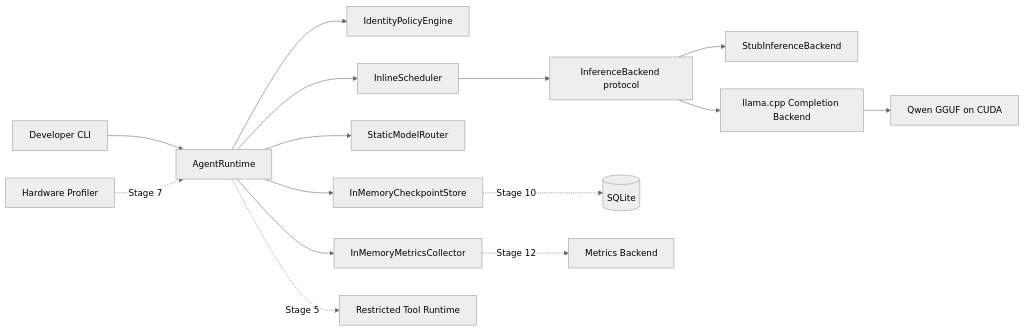
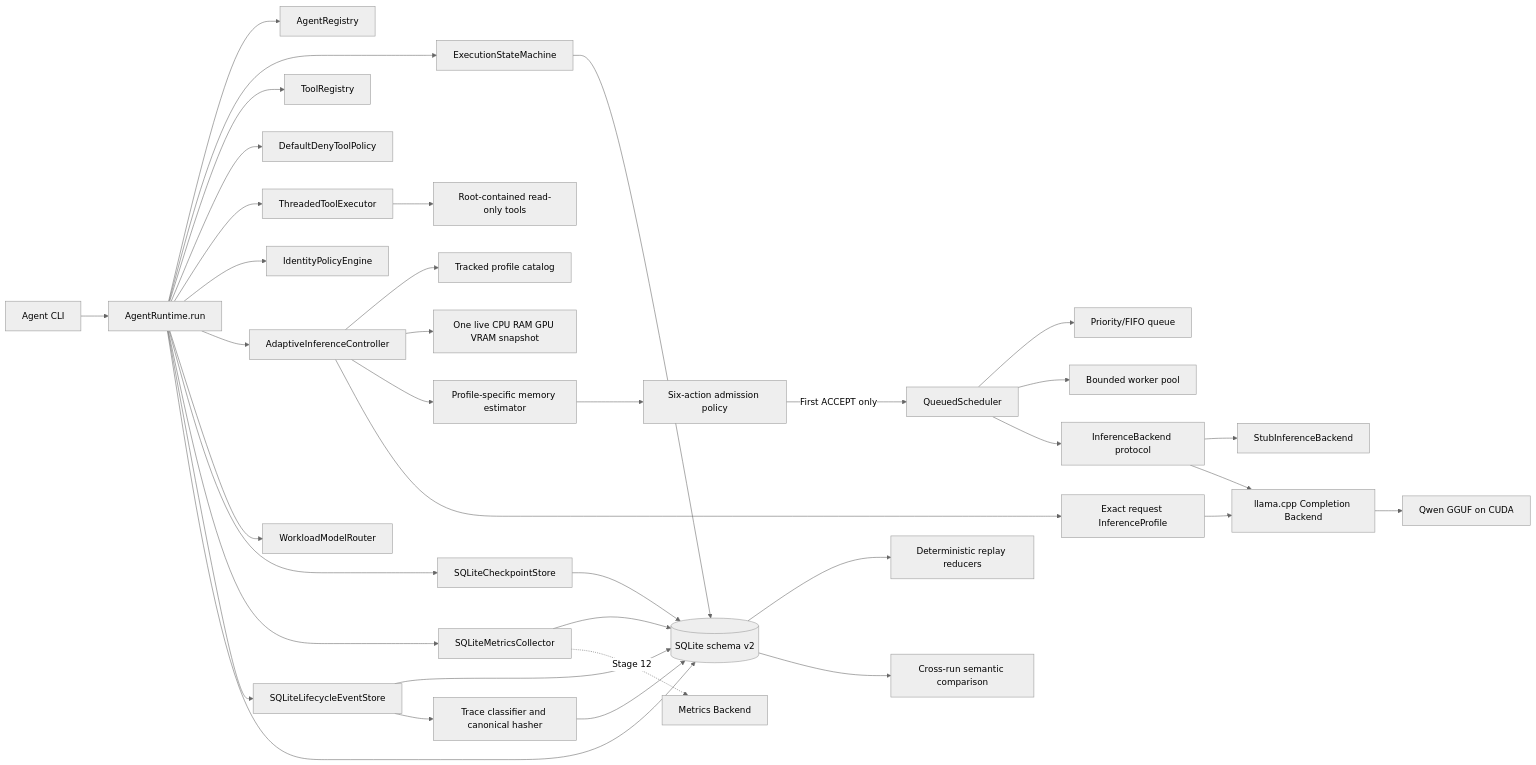
One commit to kunalvaghani/Local-AI-System-Lab changed the diagram in docs/architecture.md. Above: the diagram before and after it, drawn with Mermaid (neutral theme). The commit also changed other lines of this file and 108 other files, not shown here.

````diff
--- a/docs/architecture.md
+++ b/docs/architecture.md
@@ -10,17 +12,39 @@
 ```mermaid
 flowchart LR
-    C[Developer CLI] --> R[AgentRuntime]
+    C[Agent CLI] --> R[AgentRuntime.run]
+    R --> A[AgentRegistry]
+    R --> X[ExecutionStateMachine]
+    R --> TR[ToolRegistry]
+    R --> TP[DefaultDenyToolPolicy]
+    R --> TE[ThreadedToolExecutor]
+    TE --> ST[Root-contained read-only tools]
     R --> P[IdentityPolicyEngine]
-    R --> S[InlineScheduler]
-    R --> M[StaticModelRouter]
+    R --> AC[AdaptiveInferenceController]
+    AC --> PC[Tracked profile catalog]
+    AC --> HP[One live CPU RAM GPU VRAM snapshot]
+    AC --> ME[Profile-specific memory estimator]
+    ME --> AD[Six-action admission policy]
+    AD -->|First ACCEPT only| S[QueuedScheduler]
+    S --> Q[Priority/FIFO queue]
+    S --> W[Bounded worker pool]
+    R --> M[WorkloadModelRouter]
     S --> I[InferenceBackend protocol]
     I --> U[StubInferenceBackend]
     I --> L[llama.cpp Completion Backend]
-    R --> K[InMemoryCheckpointStore]
-    R --> E[InMemoryMetricsCollector]
+    AC --> IP[Exact request InferenceProfile]
+    IP --> L
+    R --> K[SQLiteCheckpointStore]
+    R --> E[SQLiteMetricsCollector]
+    R --> V[SQLiteLifecycleEventStore]
+    R --> D[(SQLite schema v2)]
+    K --> D
+    E --> D
+    V --> D
+    X --> D
+    V --> T[Trace classifier and canonical hasher]
+    T --> D
+    D --> RP[Deterministic replay reducers]
+    D --> CP[Cross-run semantic comparison]
     L --> G[Qwen GGUF on CUDA]
-    R -. Stage 5 .-> T[Restricted Tool Runtime]
-    K -. Stage 10 .-> D[(SQLite)]
     E -. Stage 12 .-> O[Metrics Backend]
-    H[Hardware Profiler] -. Stage 7 .-> R
 ```
````
